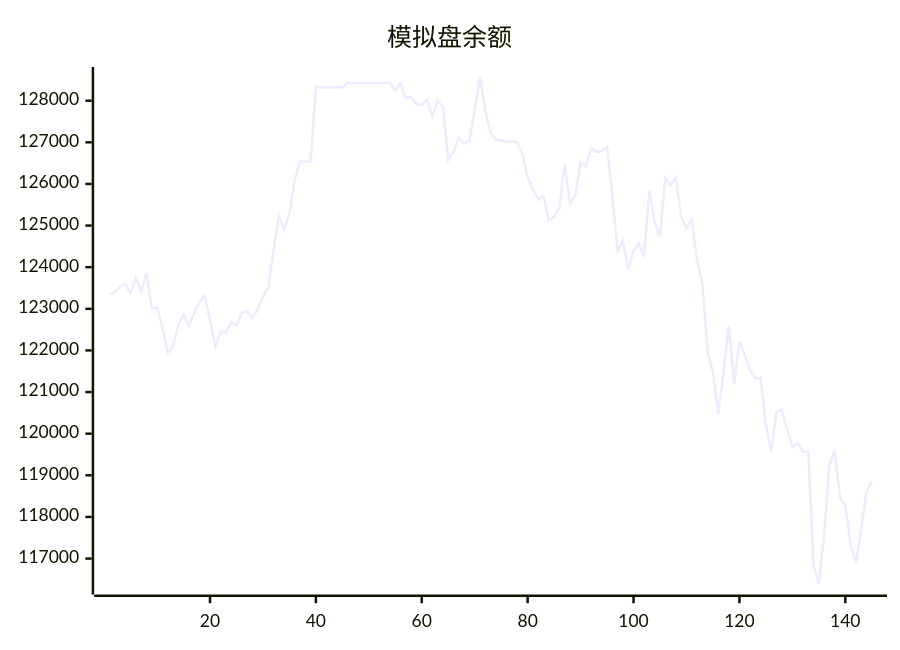
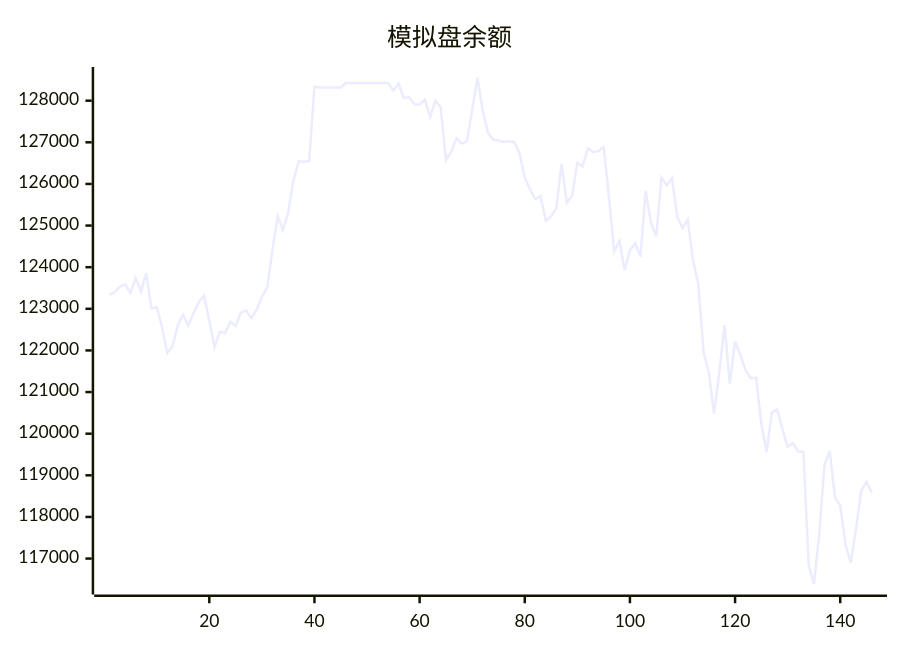
Before and after one commit to aahl/ai-trading: the diagram in README.md, drawn with Mermaid. The commit also changed other lines of this file and 1 other file, not shown here.

````diff
--- a/README.md
+++ b/README.md
@@ -5,5 +5,5 @@
 ```mermaid
 xychart
     title "模拟盘余额"
-    line [123338,123402,123530,123592,123378,123745,123413,123853,123009,123040,122557,121938,122095,122599,122856,122597,122898,123160,123319,122719,122087,122454,122416,122685,122592,122907,122961,122776,122981,123295,123507,124403,125224,124894,125303,126088,126544,126534,126549,128335,128318,128318,128318,128318,128318,128424,128424,128424,128424,128424,128424,128424,128424,128424,128247,128412,128062,128087,127917,127901,128026,127611,128000,127850,126572,126770,127100,126971,127029,127783,128554,127765,127224,127064,127044,127009,127025,127004,126738,126152,125871,125635,125707,125117,125217,125420,126480,125545,125715,126511,126424,126856,126764,126788,126890,125710,124381,124632,123936,124402,124574,124256,125833,125070,124739,126154,125966,126145,125213,124943,125143,124157,123604,121959,121476,120476,121470,122610,121201,122221,121889,121522,121332,121344,120232,119559,120513,120577,120108,119680,119777,119572,119568,116839,116392,117573,119250,119585,118469,118277,117338,116897,117706,118628,118849]
+    line [123338,123402,123530,123592,123378,123745,123413,123853,123009,123040,122557,121938,122095,122599,122856,122597,122898,123160,123319,122719,122087,122454,122416,122685,122592,122907,122961,122776,122981,123295,123507,124403,125224,124894,125303,126088,126544,126534,126549,128335,128318,128318,128318,128318,128318,128424,128424,128424,128424,128424,128424,128424,128424,128424,128247,128412,128062,128087,127917,127901,128026,127611,128000,127850,126572,126770,127100,126971,127029,127783,128554,127765,127224,127064,127044,127009,127025,127004,126738,126152,125871,125635,125707,125117,125217,125420,126480,125545,125715,126511,126424,126856,126764,126788,126890,125710,124381,124632,123936,124402,124574,124256,125833,125070,124739,126154,125966,126145,125213,124943,125143,124157,123604,121959,121476,120476,121470,122610,121201,122221,121889,121522,121332,121344,120232,119559,120513,120577,120108,119680,119777,119572,119568,116839,116392,117573,119250,119585,118469,118277,117338,116897,117706,118628,118849,118579]
 ```
````
